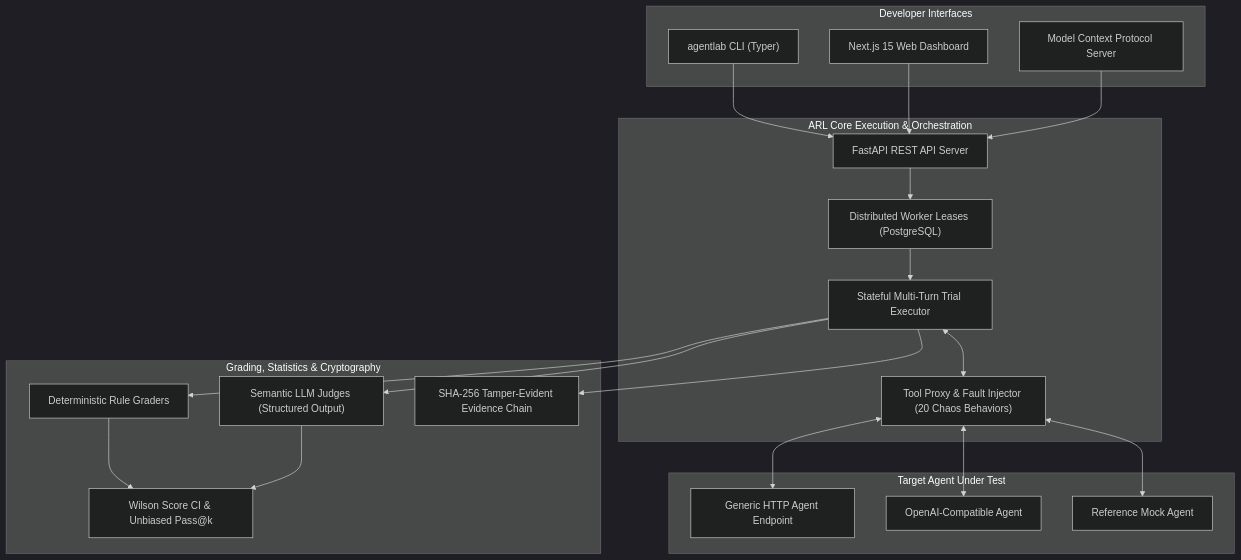
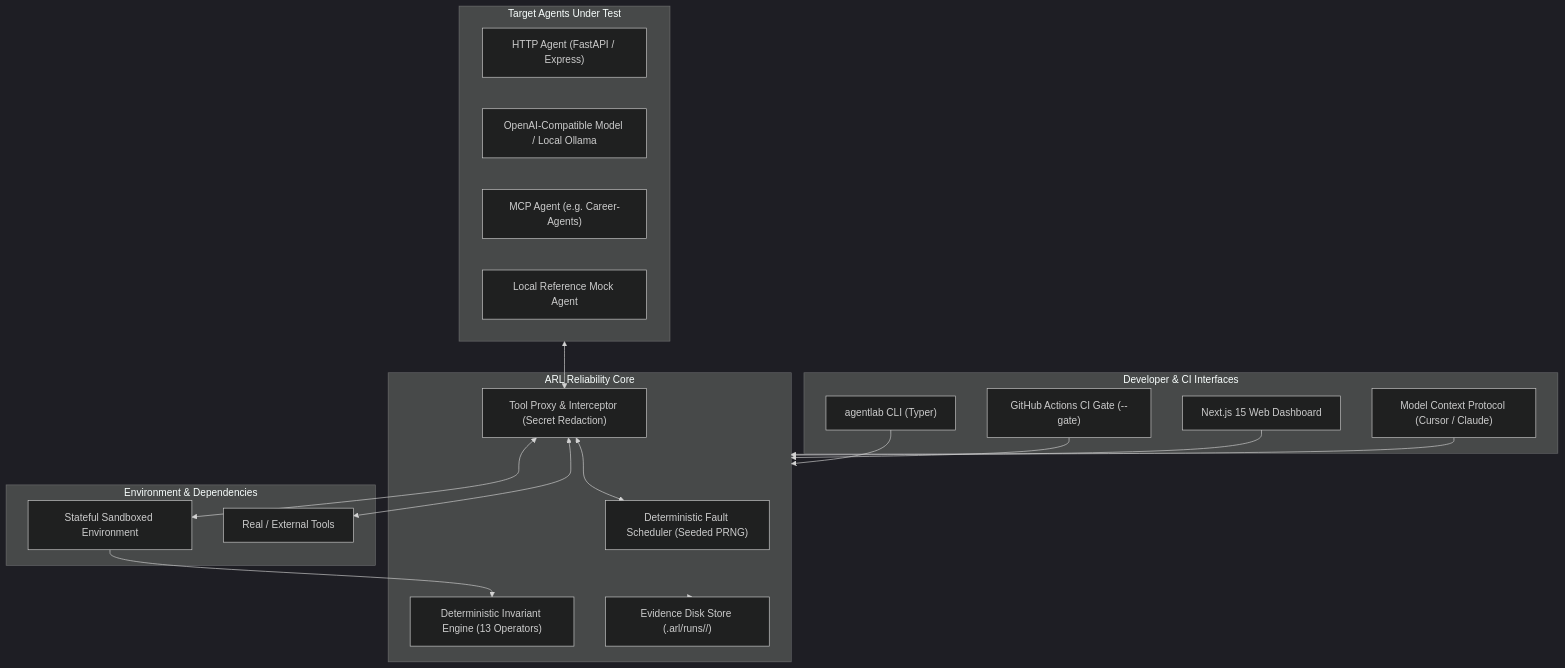
The second of 2 diagrams in README.md (karthikrshet/agent-reliability), drawn with Mermaid (dark theme) before and after one commit. The commit also changed other lines of this file and 1 other file, not shown here.

Commit message:
docs: revamp README with high-res logo, distributed failure demos, architecture diagrams, and complete CLI guide

````diff
--- a/README.md
+++ b/README.md
@@ -30,43 +90,41 @@
 ```mermaid
 graph TD
-    subgraph Interfaces ["Developer Interfaces"]
+    subgraph ClientInterfaces ["Developer & CI Interfaces"]
         CLI["agentlab CLI (Typer)"]
+        CI["GitHub Actions CI Gate (--gate)"]
         DASH["Next.js 15 Web Dashboard"]
-        MCP["Model Context Protocol Server"]
+        MCP["Model Context Protocol (Cursor / Claude)"]
     end
 
-    subgraph CoreEngine ["ARL Core Execution & Orchestration"]
-        API["FastAPI REST API Server"]
-        WORKER["Distributed Worker Leases (PostgreSQL)"]
-        EXEC["Stateful Multi-Turn Trial Executor"]
-        PROXY["Tool Proxy & Fault Injector (20 Chaos Behaviors)"]
+    subgraph CoreEngine ["ARL Reliability Core"]
+        SCHED["Deterministic Fault Scheduler (Seeded PRNG)"]
+        PROXY["Tool Proxy & Interceptor (Secret Redaction)"]
+        INV["Deterministic Invariant Engine (13 Operators)"]
+        STORE["Evidence Disk Store (.arl/runs/<run-id>/)"]
     end
 
-    subgraph Evaluation ["Grading, Statistics & Cryptography"]
-        RULE["Deterministic Rule Graders"]
-        JUDGE["Semantic LLM Judges (Structured Output)"]
-        STATS["Wilson Score CI & Unbiased Pass@k"]
-        LEDGER["SHA-256 Tamper-Evident Evidence Chain"]
+    subgraph TargetAgents ["Target Agents Under Test"]
+        HTTP_AGENT["HTTP Agent (FastAPI / Express)"]
+        OPENAI_AGENT["OpenAI-Compatible Model / Local Ollama"]
+        MCP_AGENT["MCP Agent (e.g. Career-Agents)"]
+        REF_AGENT["Local Reference Mock Agent"]
     end
 
-    subgraph AgentBoundary ["Target Agent Under Test"]
-        HTTP_AGENT["Generic HTTP Agent Endpoint"]
-        OPENAI_AGENT["OpenAI-Compatible Agent"]
-        MOCK_AGENT["Reference Mock Agent"]
+    subgraph RealWorld ["Environment & Dependencies"]
+        SANDBOX["Stateful Sandboxed Environment"]
+        APIS["Real / External Tools"]
     end
 
-    CLI --> API
-    DASH --> API
-    MCP --> API
-    API --> WORKER
-    WORKER --> EXEC
-    EXEC <--> PROXY
-    PROXY <--> HTTP_AGENT
-    PROXY <--> OPENAI_AGENT
-    PROXY <--> MOCK_AGENT
-    EXEC --> RULE
-    EXEC --> JUDGE
-    RULE --> STATS
-    JUDGE --> STATS
-    EXEC --> LEDGER
+    CLI --> CoreEngine
+    CI --> CoreEngine
+    DASH --> CoreEngine
+    MCP --> CoreEngine
+
+    TargetAgents <--> PROXY
+    PROXY <--> SCHED
+    PROXY <--> SANDBOX
+    PROXY <--> APIS
+
+    SANDBOX --> INV
+    CoreEngine --> STORE
 ```
````
